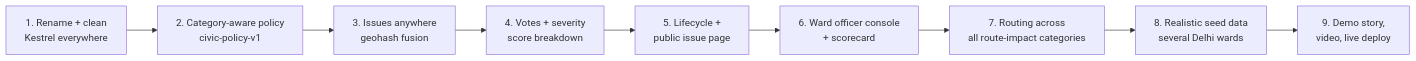
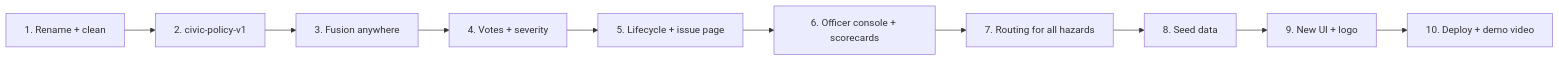
One commit to 4-thkind/Kestrel changed diagram 14 of 15 in README.md. Above: the diagram before and after it, drawn with Mermaid. The commit also changed other lines of this file, not shown here.

````diff
--- a/README.md
+++ b/README.md
@@ -719,11 +809,6 @@
 ```mermaid
 flowchart LR
-  P1["1. Rename + clean<br/>Kestrel everywhere"] --> P2["2. Category-aware policy<br/>civic-policy-v1"]
-  P2 --> P3["3. Issues anywhere<br/>geohash fusion"]
-  P3 --> P4["4. Votes + severity<br/>score breakdown"]
-  P4 --> P5["5. Lifecycle +<br/>public issue page"]
-  P5 --> P6["6. Ward officer console<br/>+ scorecard"]
-  P6 --> P7["7. Routing across<br/>all route-impact categories"]
-  P7 --> P8["8. Realistic seed data<br/>several Delhi wards"]
-  P8 --> P9["9. Demo story,<br/>video, live deploy"]
+  P1["1. Rename + clean"] --> P2["2. civic-policy-v1"] --> P3["3. Fusion anywhere"] --> P4["4. Votes + severity"]
+  P4 --> P5["5. Lifecycle + issue page"] --> P6["6. Officer console + scorecards"] --> P7["7. Routing for all hazards"]
+  P7 --> P8["8. Seed data"] --> P9["9. New UI + logo"] --> P10["10. Deploy + demo video"]
 ```
````
